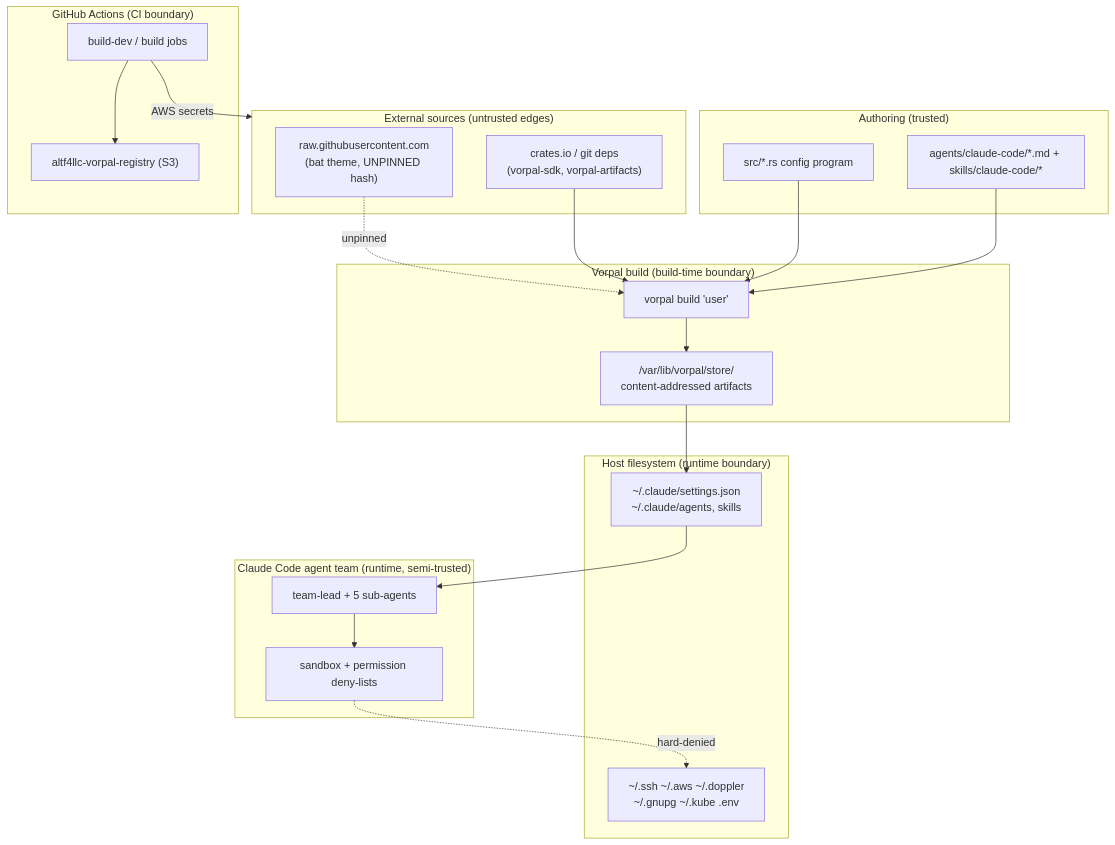
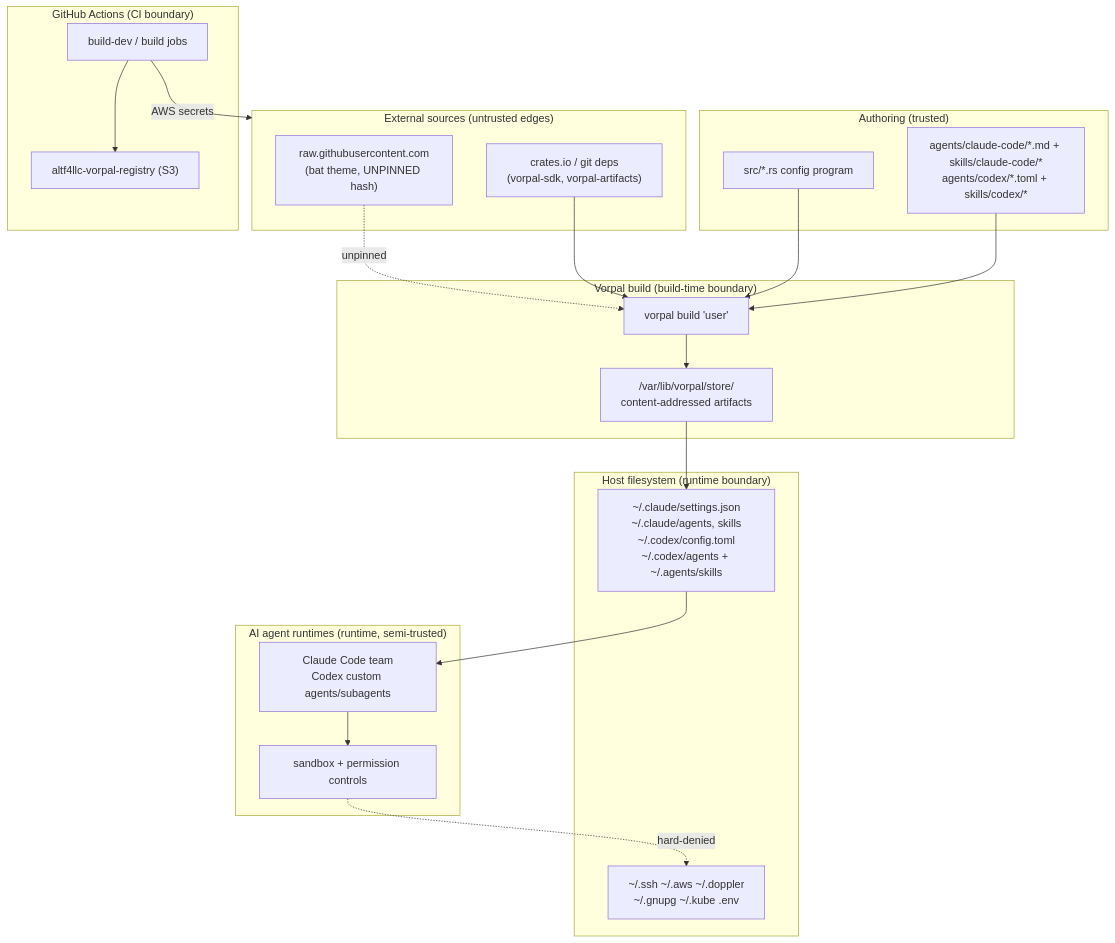
One commit to ALT-F4-LLC/dotfiles.vorpal changed the first of 3 diagrams in docs/spec/security.md. Above: the diagram before and after it, drawn with Mermaid. The commit also changed other lines of this file and 27 other files, not shown here.

Commit message:
Add Codex agent team payload

````diff
--- a/docs/spec/security.md
+++ b/docs/spec/security.md
@@ -24,44 +24,44 @@
 ```mermaid
 flowchart TD
     subgraph authoring["Authoring (trusted)"]
         SRC["src/*.rs config program"]
-        AGENTS["agents/claude-code/*.md + skills/claude-code/*"]
+        AGENTS["agents/claude-code/*.md + skills/claude-code/*<br/>agents/codex/*.toml + skills/codex/*"]
     end
 
     subgraph build["Vorpal build (build-time boundary)"]
         BUILD["vorpal build 'user'"]
         STORE["/var/lib/vorpal/store/<br/>content-addressed artifacts"]
     end
 
     subgraph external["External sources (untrusted edges)"]
         GH["raw.githubusercontent.com<br/>(bat theme, UNPINNED hash)"]
         CRATES["crates.io / git deps<br/>(vorpal-sdk, vorpal-artifacts)"]
     end
 
     subgraph host["Host filesystem (runtime boundary)"]
-        SYMLINK["~/.claude/settings.json<br/>~/.claude/agents, skills"]
+        SYMLINK["~/.claude/settings.json<br/>~/.claude/agents, skills<br/>~/.codex/config.toml<br/>~/.codex/agents + ~/.agents/skills"]
         SECRETS["~/.ssh ~/.aws ~/.doppler<br/>~/.gnupg ~/.kube .env"]
     end
 
-    subgraph agent["Claude Code agent team (runtime, semi-trusted)"]
-        TEAM["team-lead + 5 sub-agents"]
-        SANDBOX["sandbox + permission deny-lists"]
+    subgraph agent["AI agent runtimes (runtime, semi-trusted)"]
+        TEAM["Claude Code team<br/>Codex custom agents/subagents"]
+        SANDBOX["sandbox + permission controls"]
     end
 
     subgraph ci["GitHub Actions (CI boundary)"]
         CIJOB["build-dev / build jobs"]
         S3["altf4llc-vorpal-registry (S3)"]
     end
 
     SRC --> BUILD
     AGENTS --> BUILD
     GH -.unpinned.-> BUILD
     CRATES --> BUILD
     BUILD --> STORE
     STORE --> SYMLINK
     SYMLINK --> TEAM
     TEAM --> SANDBOX
     SANDBOX -. hard-denied .-> SECRETS
     CIJOB --> S3
     CIJOB -->|AWS secrets| external
 ```
````
